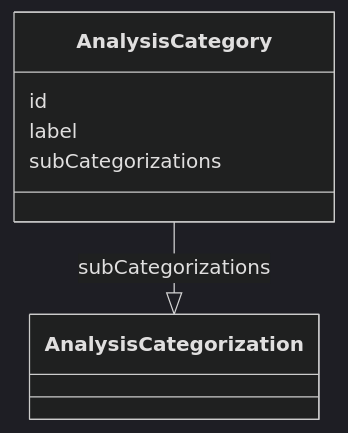
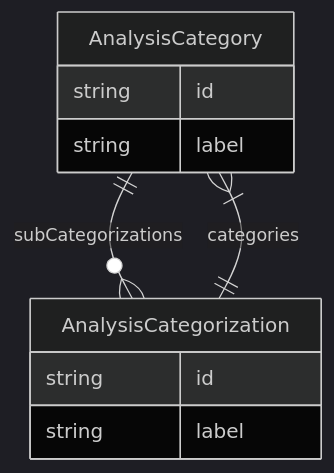
Before and after one commit to cdisc-org/analysis-results-standard: the diagram in project/docs/AnalysisCategory.md, drawn with Mermaid (dark theme). The commit also changed 131 other files, not shown here.

Commit message:
Add top-level diagram to documentation

````diff
--- a/project/docs/AnalysisCategory.md
+++ b/project/docs/AnalysisCategory.md
@@ -14,13 +13,15 @@
 ```mermaid
- classDiagram
-    class AnalysisCategory
-      AnalysisCategory : id
-        
-      AnalysisCategory : label
-        
-      AnalysisCategory : subCategorizations
-        
-          AnalysisCategory --|> AnalysisCategorization : subCategorizations
-        
-      
+erDiagram
+AnalysisCategory {
+    string id  
+    string label  
+}
+AnalysisCategorization {
+    string id  
+    string label  
+}
+
+AnalysisCategory ||--}o AnalysisCategorization : "subCategorizations"
+AnalysisCategorization ||--}| AnalysisCategory : "categories"
+
 ```
````
